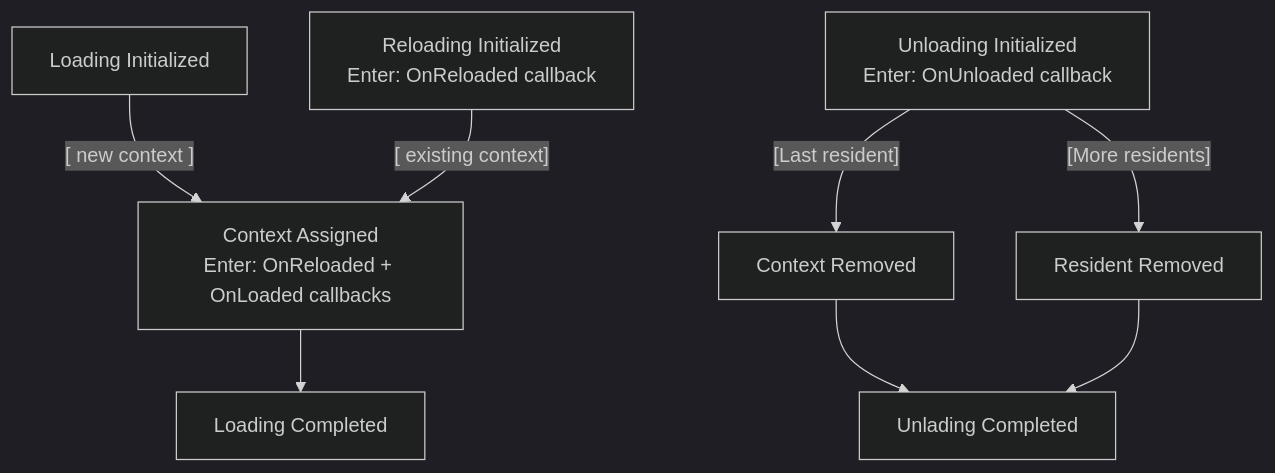
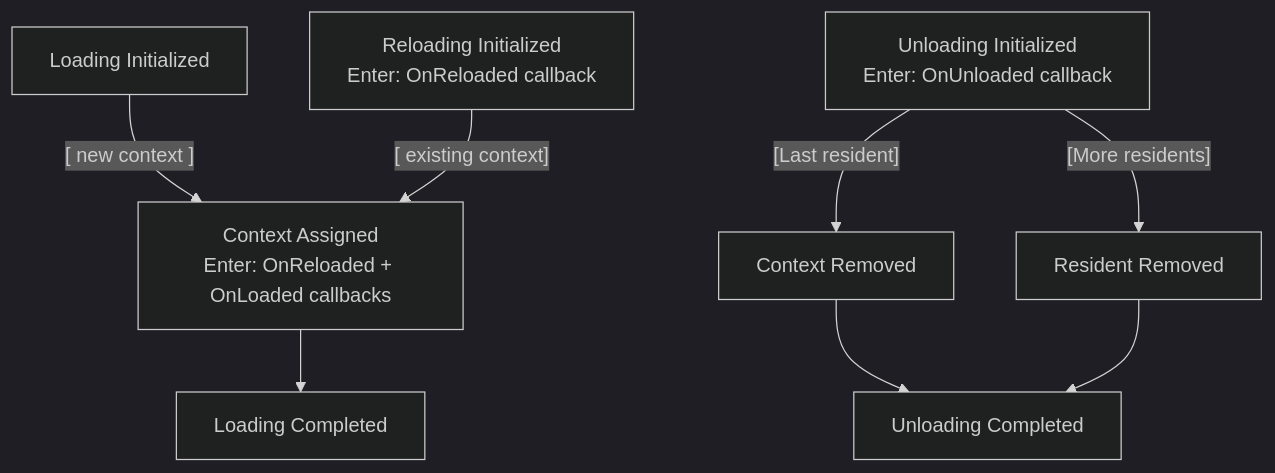
One commit to makspll/bevy_mod_scripting changed the diagram in docs/src/ScriptPipeline/pipeline.md. Above: the diagram before and after it, drawn with Mermaid (dark theme). The commit also changed other lines of this file and 22 other files, not shown here.

````diff
--- a/docs/src/ScriptPipeline/pipeline.md
+++ b/docs/src/ScriptPipeline/pipeline.md
@@ -19,25 +19,25 @@
 ```mermaid
 graph TD;
     A[Loading Initialized]
     B[Reloading Initialized 
 Enter: OnReloaded callback]
 
     A --[ new context ]--> C
     B --[ existing context]--> C
     C[Context Assigned
 Enter: OnReloaded + OnLoaded callbacks]
 
     C --> D
 
     D[Loading Completed]
 
     E[Unloading Initialized
 Enter: OnUnloaded callback]
     F[Context Removed]
     G[Resident Removed]
     E --[Last resident]--> F
     E --[More residents]--> G
-    H[Unlading Completed]
+    H[Unloading Completed]
     F --> H
     G --> H
 ```
````
